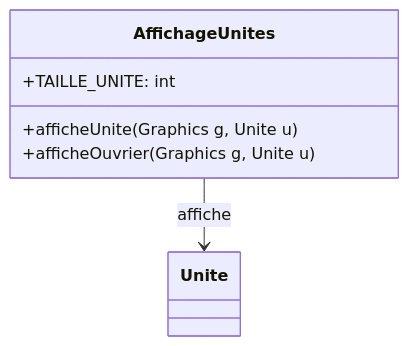
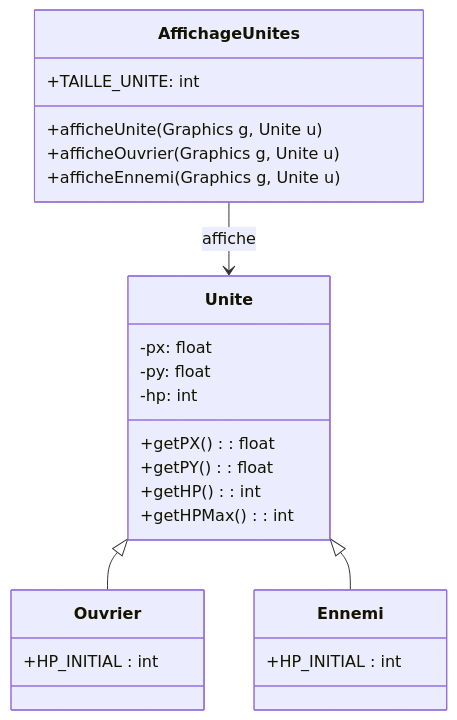
The fourth of 20 diagrams in docs/Rapport.md (FattDoan/Projet-PCII-Groupe), drawn with Mermaid before and after one commit. The commit also changed other lines of this file, not shown here.

Commit message:
rapport affichage unités

````diff
--- a/docs/Rapport.md
+++ b/docs/Rapport.md
@@ -337,9 +339,27 @@
 ```mermaid
 classDiagram
     class AffichageUnites {
         +TAILLE_UNITE: int
         +afficheUnite(Graphics g, Unite u)
         +afficheOuvrier(Graphics g, Unite u)
+        +afficheEnnemi(Graphics g, Unite u)
+    }
+    class Unite {
+        -px: float
+        -py: float
+        -hp: int
+        +getPX(): float
+        +getPY(): float
+        +getHP(): int
+        +getHPMax(): int
+    }
+    class Ouvrier {
+        +HP_INITIAL : int
+    }
+    class Ennemi {
+        +HP_INITIAL : int
     }
     AffichageUnites --> Unite : affiche
+    Unite <|-- Ouvrier
+    Unite <|-- Ennemi
 ```
````
